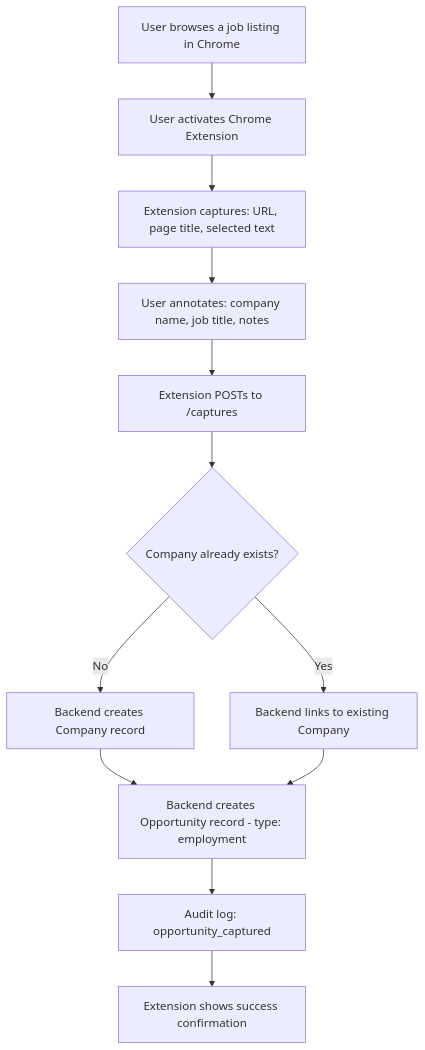
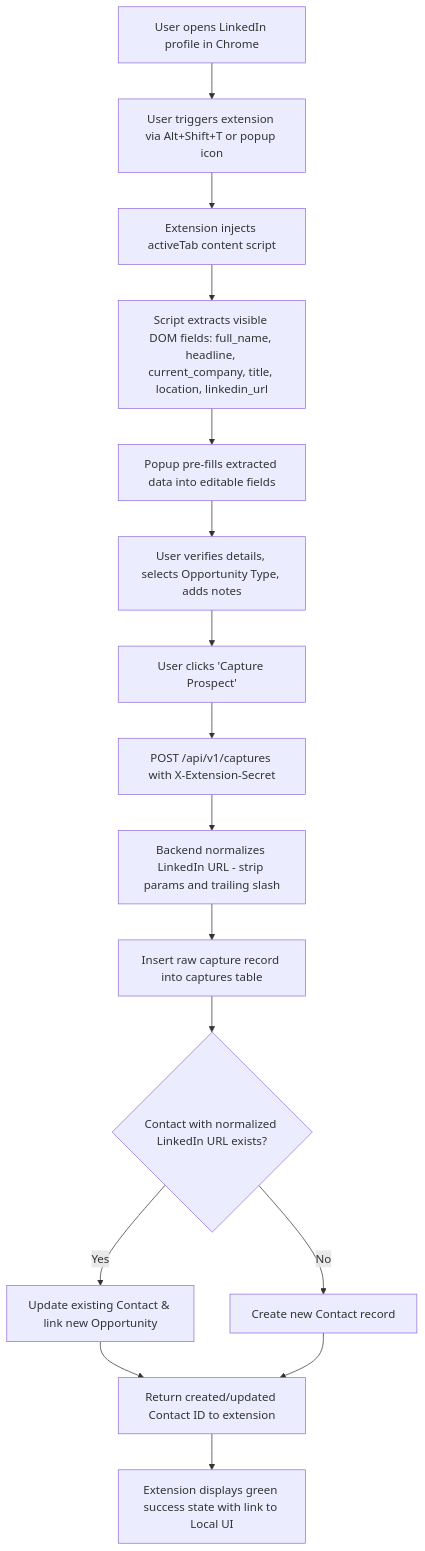
The first of 5 diagrams in docs/WORKFLOWS.md (Devzane/Tandora), drawn with Mermaid before and after one commit. The commit also changed other lines of this file, not shown here.

Commit message:
docs(workflows): update workflows with post/overlay capture, approval hashing, and send attempts

````diff
--- a/docs/WORKFLOWS.md
+++ b/docs/WORKFLOWS.md
@@ -22,14 +13,18 @@
 ```mermaid
 flowchart TD
-    A[User browses a job listing in Chrome] --> B[User activates Chrome Extension]
-    B --> C[Extension captures: URL, page title, selected text]
-    C --> D[User annotates: company name, job title, notes]
-    D --> E[Extension POSTs to /captures]
-    E --> F{Company already exists?}
-    F -->|No| G[Backend creates Company record]
-    F -->|Yes| H[Backend links to existing Company]
-    G --> I[Backend creates Opportunity record - type: employment]
-    H --> I
-    I --> J[Audit log: opportunity_captured]
-    J --> K[Extension shows success confirmation]
+    A[User opens LinkedIn profile in Chrome] --> B[User triggers extension via Alt+Shift+T or popup icon]
+    B --> C[Extension injects activeTab content script]
+    C --> D[Script extracts visible DOM fields: full_name, headline, current_company, title, location, linkedin_url]
+    D --> E[Popup pre-fills extracted data into editable fields]
+    E --> F[User verifies details, selects Opportunity Type, adds notes]
+    F --> G[User clicks 'Capture Prospect']
+    G --> H[POST /api/v1/captures with X-Extension-Secret]
+    H --> I[Backend normalizes LinkedIn URL - strip params and trailing slash]
+    I --> J[Insert raw capture record into captures table]
+    J --> K{Contact with normalized LinkedIn URL exists?}
+    K -->|Yes| L[Update existing Contact & link new Opportunity]
+    K -->|No| M[Create new Contact record]
+    L --> N[Return created/updated Contact ID to extension]
+    M --> N
+    N --> O[Extension displays green success state with link to Local UI]
 ```
````
